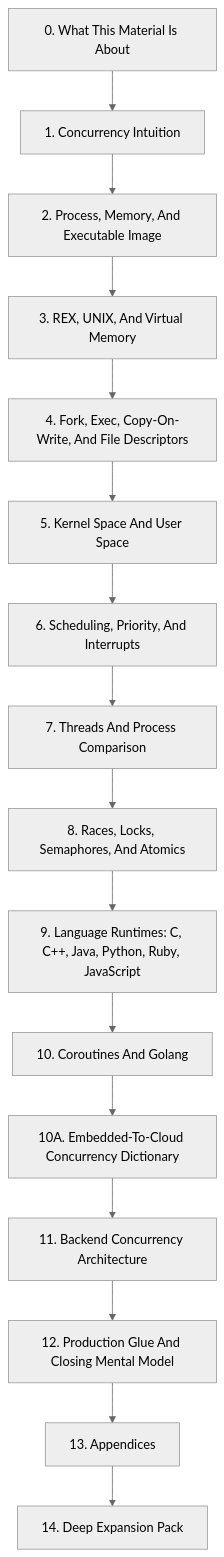
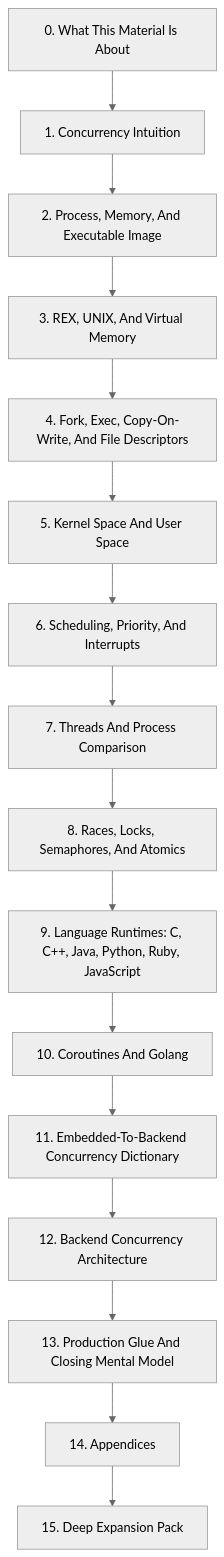
One commit to ashugit/Thread_Fundamentals changed the diagram in index.md. Above: the diagram before and after it, drawn with Mermaid (neutral theme). The commit also changed other lines of this file and 11 other files, not shown here.

````diff
--- a/index.md
+++ b/index.md
@@ -65,34 +65,34 @@
 ```mermaid
 flowchart TD
   S00["0. What This Material Is About"]
   S01["1. Concurrency Intuition"]
   S00 --> S01
   S02["2. Process, Memory, And Executable Image"]
   S01 --> S02
   S03["3. REX, UNIX, And Virtual Memory"]
   S02 --> S03
   S04["4. Fork, Exec, Copy-On-Write, And File Descriptors"]
   S03 --> S04
   S05["5. Kernel Space And User Space"]
   S04 --> S05
   S06["6. Scheduling, Priority, And Interrupts"]
   S05 --> S06
   S07["7. Threads And Process Comparison"]
   S06 --> S07
   S08["8. Races, Locks, Semaphores, And Atomics"]
   S07 --> S08
   S09["9. Language Runtimes: C, C++, Java, Python, Ruby, JavaScript"]
   S08 --> S09
   S10["10. Coroutines And Golang"]
   S09 --> S10
-  S10A["10A. Embedded-To-Cloud Concurrency Dictionary"]
-  S10 --> S10A
-  S11["11. Backend Concurrency Architecture"]
-  S10A --> S11
-  S12["12. Production Glue And Closing Mental Model"]
+  S11["11. Embedded-To-Backend Concurrency Dictionary"]
+  S10 --> S11
+  S12["12. Backend Concurrency Architecture"]
   S11 --> S12
-  S13["13. Appendices"]
+  S13["13. Production Glue And Closing Mental Model"]
   S12 --> S13
-  S14["14. Deep Expansion Pack"]
+  S14["14. Appendices"]
   S13 --> S14
+  S15["15. Deep Expansion Pack"]
+  S14 --> S15
 ```
````
